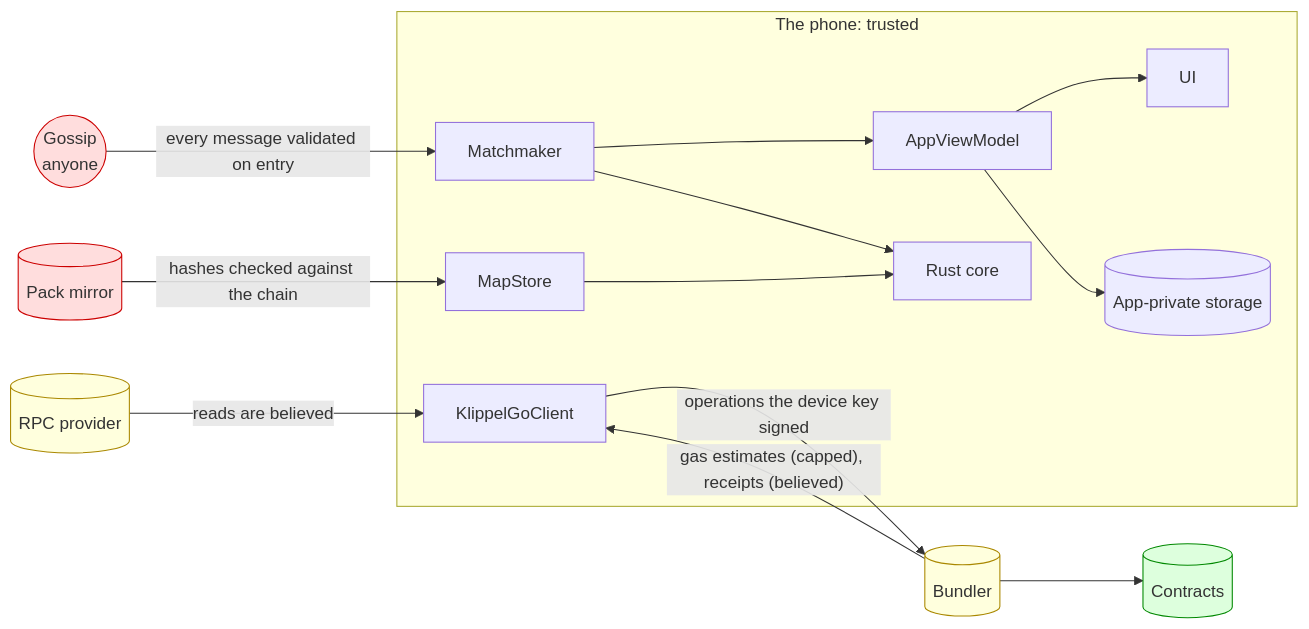
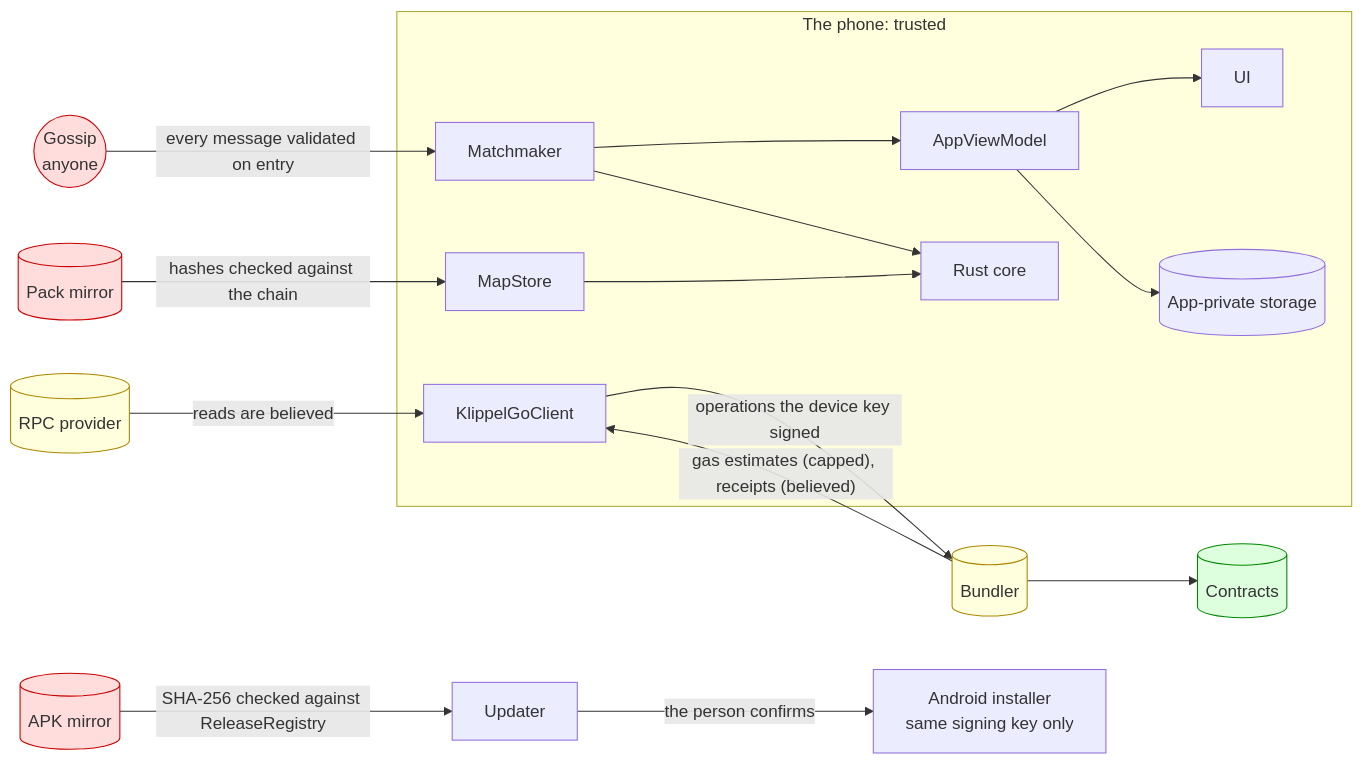
The first of 3 diagrams in apps/docs/security.md (MuriloSchaefer/klippelgo), drawn with Mermaid before and after one commit. The commit also changed other lines of this file and 66 other files, not shown here.

Commit message:
chore: new release flow

````diff
--- a/apps/docs/security.md
+++ b/apps/docs/security.md
@@ -22,31 +22,34 @@
 ```mermaid
 flowchart LR
     subgraph phone [The phone: trusted]
         ui[UI]
         vm[AppViewModel]
         mm[Matchmaker]
         cl[KlippelGoClient]
         ms[MapStore]
         core[Rust core]
         store[(App-private storage)]
     end
     gossip((Gossip<br/>anyone)):::untrusted
     mirror[(Pack mirror)]:::untrusted
+    apkmirror[(APK mirror)]:::untrusted
+    installer[Android installer<br/>same signing key only]
     rpc[(RPC provider)]:::semi
     bundler[(Bundler)]:::semi
     chain[(Contracts)]:::trusted
 
     gossip -- "every message validated on entry" --> mm
     mirror -- "hashes checked against the chain" --> ms
+    apkmirror -- "SHA-256 checked against ReleaseRegistry" --> up[Updater] -- "the person confirms" --> installer
     rpc -- "reads are believed" --> cl
     cl -- "operations the device key signed" --> bundler --> chain
     bundler -- "gas estimates (capped), receipts (believed)" --> cl
     mm --> vm --> ui
     ms --> core
     mm --> core
     vm --> store
 
     classDef untrusted fill:#fdd,stroke:#c00
     classDef semi fill:#ffd,stroke:#a80
     classDef trusted fill:#dfd,stroke:#080
 ```
````
